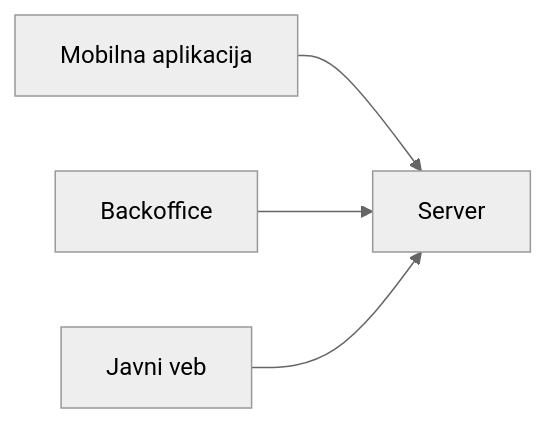
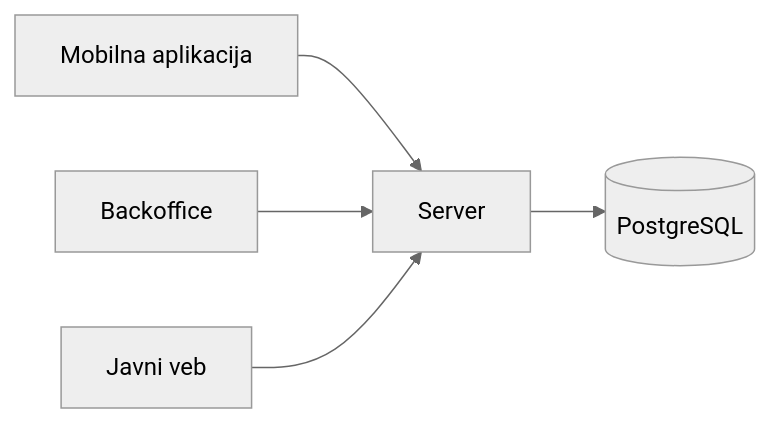
Before and after one commit to Razvoj-multiplatformskih-aplikacija-26/tim-17: the diagram in README.md, drawn with Mermaid (neutral theme). The commit also changed other lines of this file, not shown here.

````diff
--- a/README.md
+++ b/README.md
@@ -41,6 +41,7 @@
 ```mermaid
 flowchart LR
   M[Mobilna aplikacija] --> S[Server]
   B[Backoffice] --> S
   W[Javni veb] --> S
+  S --> DB[(PostgreSQL)]
 ```
````
